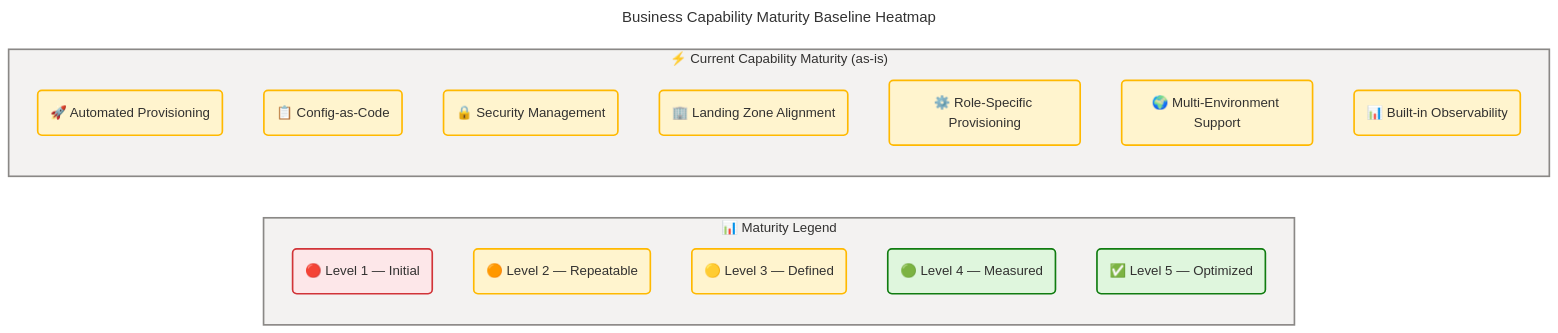
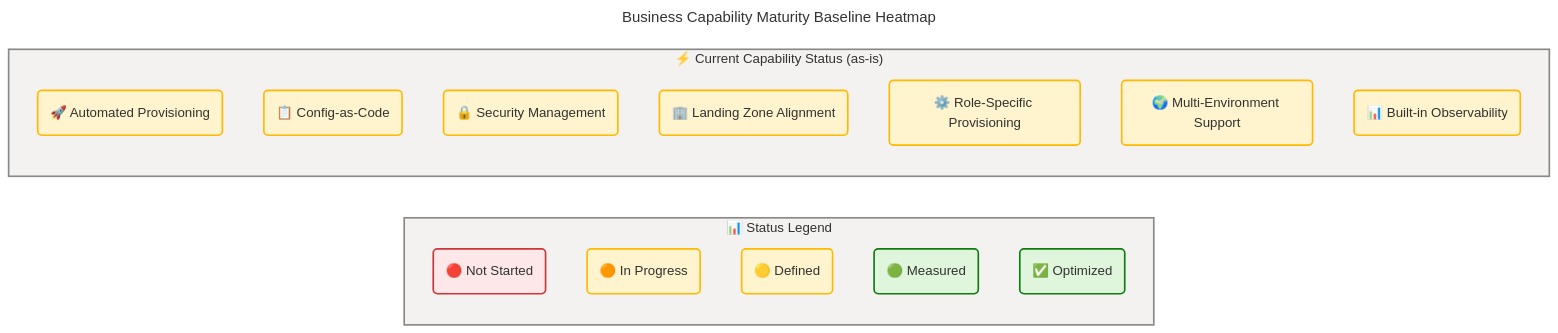
Before and after one commit to Evilazaro/DevExp-DevBox: the third of 7 diagrams in docs/architecture/business-architecture.md, drawn with Mermaid. The commit also changed other lines of this file, not shown here.

Commit message:
fix: update business capability descriptions for clarity and accuracy in maturity and status indicators

````diff
--- a/docs/architecture/business-architecture.md
+++ b/docs/architecture/business-architecture.md
@@ -512,56 +512,56 @@
 ```mermaid
 ---
 title: "Business Capability Maturity Baseline Heatmap"
 config:
   theme: base
   look: classic
   layout: dagre
   themeVariables:
     fontSize: '16px'
   flowchart:
     htmlLabels: true
 ---
 flowchart LR
-    accTitle: Business Capability Maturity Baseline Heatmap
-    accDescr: Heatmap showing current maturity level for each of the seven business capabilities. All capabilities are at Level 3 Defined maturity, shown in warning yellow color.
+    accTitle: Business Capability Platform Status
+    accDescr: Platform status overview for each of the seven business capabilities, showing current operational readiness using color-coded status indicators.
 
     %% ═══════════════════════════════════════════════════════════════════════════
     %% AZURE / FLUENT ARCHITECTURE PATTERN v1.1
     %% (Semantic + Structural + Font + Accessibility Governance)
     %% ═══════════════════════════════════════════════════════════════════════════
     %% PHASE 1 - FLUENT UI: All styling uses approved Fluent UI palette only
     %% PHASE 2 - GROUPS: Every subgraph has semantic color via style directive
     %% PHASE 3 - COMPONENTS: Every node has semantic classDef + icon prefix
     %% PHASE 4 - ACCESSIBILITY: accTitle/accDescr present, WCAG AA contrast
     %% PHASE 5 - STANDARD: Governance block present, classDefs centralized
     %% ═══════════════════════════════════════════════════════════════════════════
 
-    subgraph legend["📊 Maturity Legend"]
-        L1("🔴 Level 1 — Initial"):::danger
-        L2("🟠 Level 2 — Repeatable"):::warning
-        L3("🟡 Level 3 — Defined"):::warning
-        L4("🟢 Level 4 — Measured"):::success
-        L5("✅ Level 5 — Optimized"):::success
+    subgraph legend["📊 Status Legend"]
+        L1("🔴 Not Started"):::danger
+        L2("🟠 In Progress"):::warning
+        L3("🟡 Defined"):::warning
+        L4("🟢 Measured"):::success
+        L5("✅ Optimized"):::success
     end
 
-    subgraph capabilities["⚡ Current Capability Maturity (as-is)"]
+    subgraph capabilities["⚡ Current Capability Status (as-is)"]
         CAP_AP("🚀 Automated Provisioning"):::warning
         CAP_CAC("📋 Config-as-Code"):::warning
         CAP_SM("🔒 Security Management"):::warning
         CAP_LZA("🏢 Landing Zone Alignment"):::warning
         CAP_RSWP("⚙️ Role-Specific Provisioning"):::warning
         CAP_MES("🌍 Multi-Environment Support"):::warning
         CAP_BO("📊 Built-in Observability"):::warning
     end
 
     style legend fill:#F3F2F1,stroke:#8A8886,stroke-width:2px,color:#323130
     style capabilities fill:#F3F2F1,stroke:#8A8886,stroke-width:2px,color:#323130
 
     classDef neutral fill:#FAFAFA,stroke:#8A8886,stroke-width:2px,color:#323130
     classDef core fill:#EFF6FC,stroke:#0078D4,stroke-width:2px,color:#323130
     classDef success fill:#DFF6DD,stroke:#107C10,stroke-width:2px,color:#323130
     classDef warning fill:#FFF4CE,stroke:#FFB900,stroke-width:2px,color:#323130
     classDef danger fill:#FDE7E9,stroke:#D13438,stroke-width:2px,color:#323130
     classDef data fill:#F0E6FA,stroke:#8764B8,stroke-width:2px,color:#323130
     classDef external fill:#E0F7F7,stroke:#038387,stroke-width:2px,color:#323130
 ```
````
